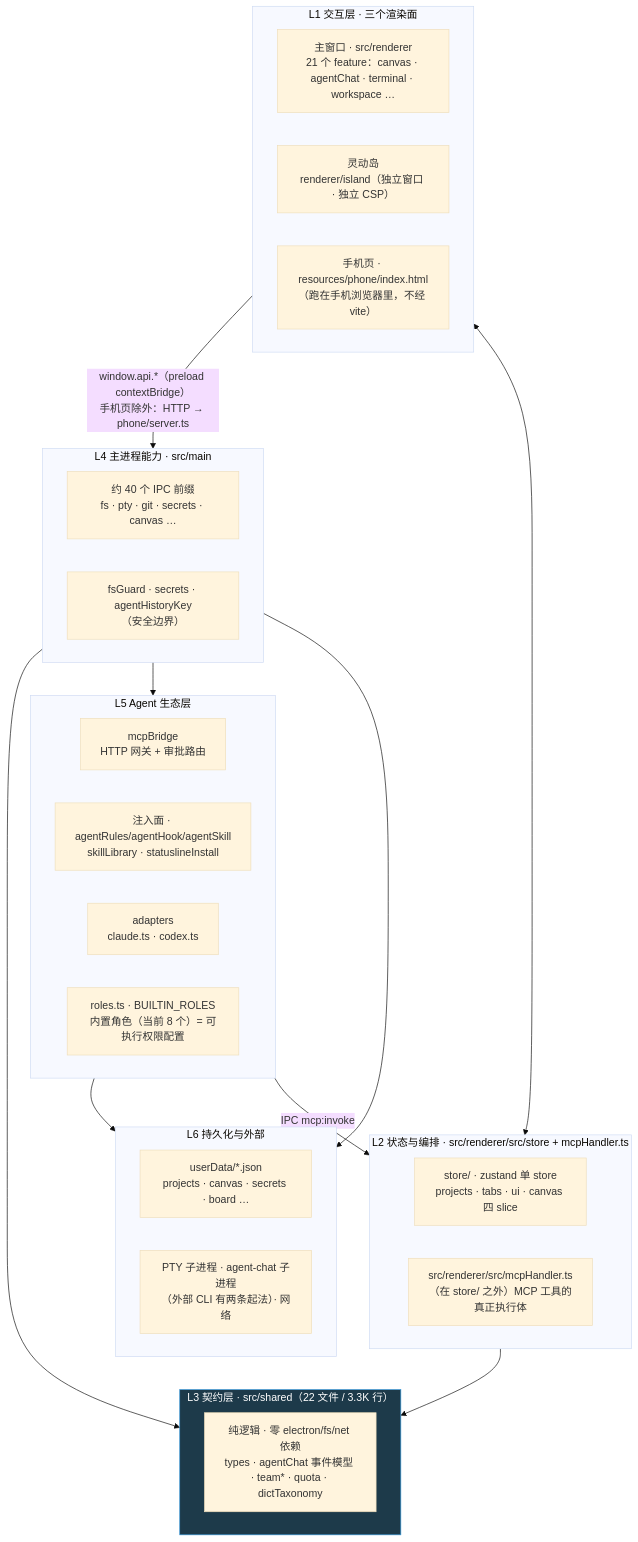
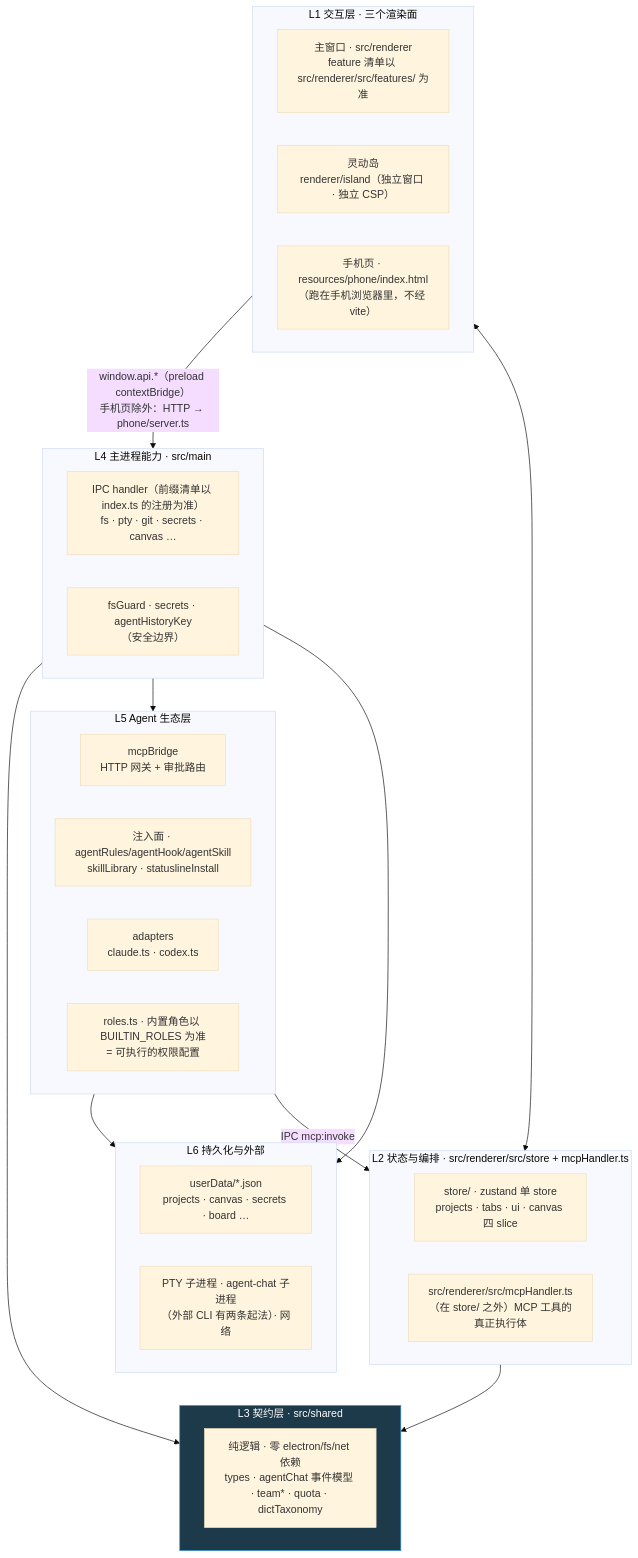
One commit to biily786063474-boop/eas_term changed the diagram in docs/architecture/02-分层架构.md. Above: the diagram before and after it, drawn with Mermaid (base theme). The commit also changed other lines of this file and 8 other files, not shown here.

First line of the commit message:
docs(architecture): 图纸做减法 1690 → 1273 行，易漂移内容改为指向真相源

````diff
--- a/docs/architecture/02-分层架构.md
+++ b/docs/architecture/02-分层架构.md
@@ -10,47 +10,42 @@
 ```mermaid
 graph TD
     subgraph L1["L1 交互层 · 三个渲染面"]
         direction LR
-        F["主窗口 · src/renderer<br/>21 个 feature：canvas · agentChat · terminal · workspace …"]
+        F["主窗口 · src/renderer<br/>feature 清单以 src/renderer/src/features/ 为准"]
         ISL["灵动岛<br/>renderer/island（独立窗口 · 独立 CSP）"]
         PH["手机页 · resources/phone/index.html<br/>（跑在手机浏览器里，不经 vite）"]
     end
-
     subgraph L2["L2 状态与编排 · src/renderer/src/store + mcpHandler.ts"]
         Z["store/ · zustand 单 store<br/>projects · tabs · ui · canvas 四 slice"]
         MH["src/renderer/src/mcpHandler.ts<br/>（在 store/ 之外）MCP 工具的真正执行体"]
     end
-
-    subgraph L3["L3 契约层 · src/shared（22 文件 / 3.3K 行）"]
+    subgraph L3["L3 契约层 · src/shared"]
         SH["纯逻辑 · 零 electron/fs/net 依赖<br/>types · agentChat 事件模型 · team* · quota · dictTaxonomy"]
     end
-
     subgraph L4["L4 主进程能力 · src/main"]
-        IPC["约 40 个 IPC 前缀<br/>fs · pty · git · secrets · canvas …"]
+        IPC["IPC handler（前缀清单以 index.ts 的注册为准）<br/>fs · pty · git · secrets · canvas …"]
         GUARD["fsGuard · secrets · agentHistoryKey<br/>（安全边界）"]
     end
-
     subgraph L5["L5 Agent 生态层"]
         BR["mcpBridge<br/>HTTP 网关 + 审批路由"]
         INJ["注入面 · agentRules/agentHook/agentSkill<br/>skillLibrary · statuslineInstall"]
         AD["adapters<br/>claude.ts · codex.ts"]
-        RO["roles.ts · BUILTIN_ROLES<br/>内置角色（当前 8 个）= 可执行权限配置"]
+        RO["roles.ts · 内置角色以 BUILTIN_ROLES 为准<br/>= 可执行的权限配置"]
     end
-
     subgraph L6["L6 持久化与外部"]
         JSON["userData/*.json<br/>projects · canvas · secrets · board …"]
         EXT["PTY 子进程 · agent-chat 子进程<br/>（外部 CLI 有两条起法）· 网络"]
     end
 
     L1 -->|"window.api.*（preload contextBridge）<br/>手机页除外：HTTP → phone/server.ts"| L4
     L1 <--> L2
     L2 --> L3
     L4 --> L3
     L4 --> L5
     L5 --> L6
     L4 --> L6
     L5 -->|"IPC mcp:invoke"| L2
 
     classDef contract fill:#1d3a4a,stroke:#3498db,color:#fff
     class L3 contract
 ```
````
